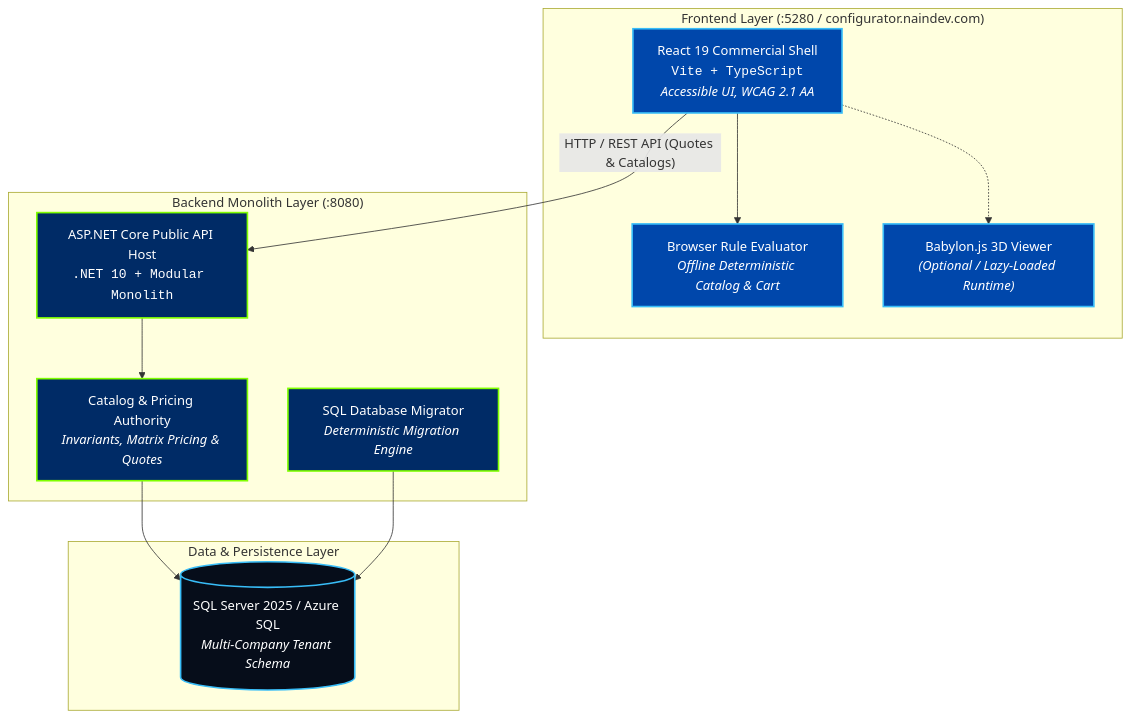
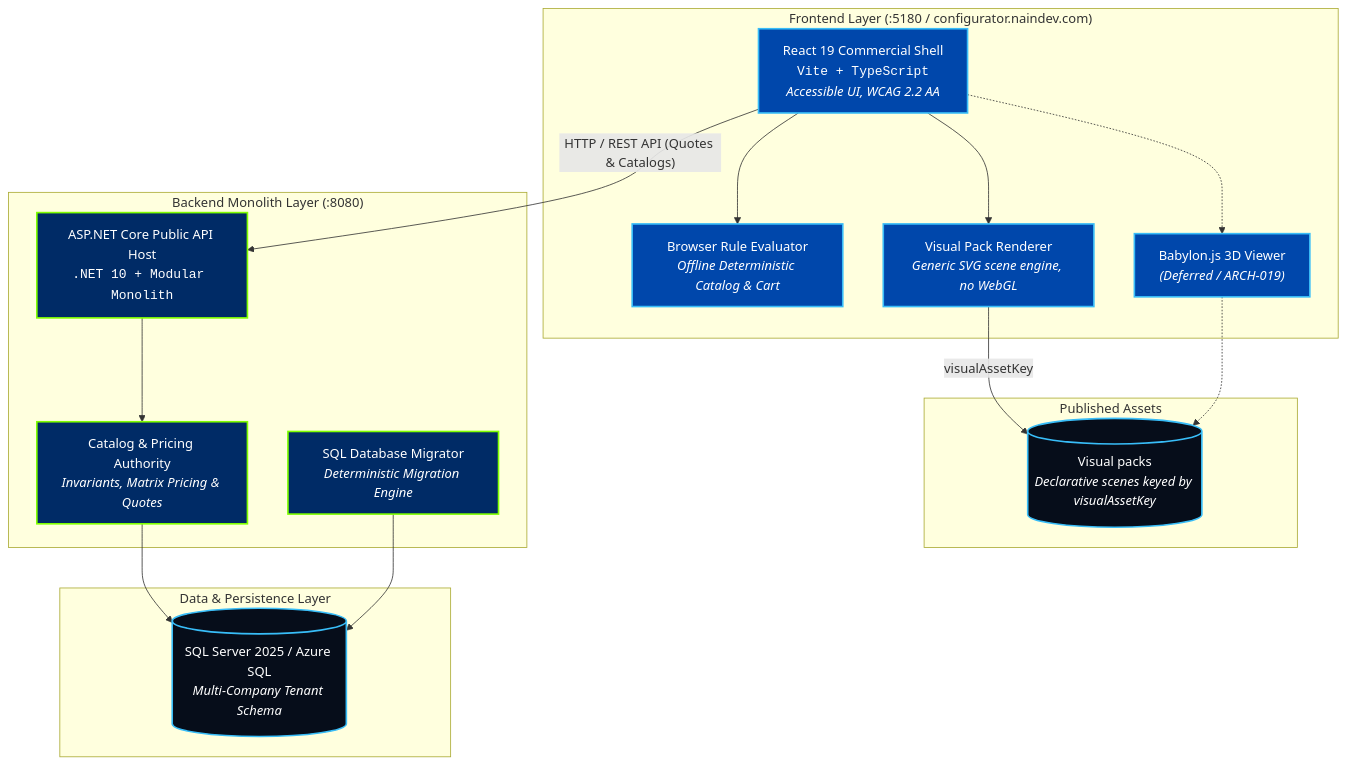
The diagram in README.md (Nain9Dev/NainConfigurator), drawn with Mermaid before and after one commit. The commit also changed other lines of this file and 46 other files, not shown here.

First line of the commit message:
feat(web): studio presentation with catalog-driven scenes

````diff
--- a/README.md
+++ b/README.md
@@ -26,33 +44,41 @@
 ```mermaid
 graph TB
-    subgraph ClientLayer["Frontend Layer (:5280 / configurator.naindev.com)"]
-        ReactShell["React 19 Commercial Shell<br/><code>Vite + TypeScript</code><br/><i>Accessible UI, WCAG 2.1 AA</i>"]
+    subgraph ClientLayer["Frontend Layer (:5180 / configurator.naindev.com)"]
+        ReactShell["React 19 Commercial Shell<br/><code>Vite + TypeScript</code><br/><i>Accessible UI, WCAG 2.2 AA</i>"]
         ClientEvaluator["Browser Rule Evaluator<br/><i>Offline Deterministic Catalog &amp; Cart</i>"]
-        BabylonRenderer["Babylon.js 3D Viewer<br/><i>(Optional / Lazy-Loaded Runtime)</i>"]
+        SceneRenderer["Visual Pack Renderer<br/><i>Generic SVG scene engine, no WebGL</i>"]
+        BabylonRenderer["Babylon.js 3D Viewer<br/><i>(Deferred / ARCH-019)</i>"]
+    end
+
+    subgraph AssetLayer["Published Assets"]
+        VisualPacks[("Visual packs<br/><i>Declarative scenes keyed by visualAssetKey</i>")]
     end
 
     subgraph BackendLayer["Backend Monolith Layer (:8080)"]
         ApiHost["ASP.NET Core Public API Host<br/><code>.NET 10 + Modular Monolith</code>"]
         DomainEngine["Catalog &amp; Pricing Authority<br/><i>Invariants, Matrix Pricing &amp; Quotes</i>"]
         Migrator["SQL Database Migrator<br/><i>Deterministic Migration Engine</i>"]
     end
 
     subgraph PersistenceLayer["Data &amp; Persistence Layer"]
         SqlServer[("SQL Server 2025 / Azure SQL<br/><i>Multi-Company Tenant Schema</i>")]
     end
 
     ReactShell --> ClientEvaluator
+    ReactShell --> SceneRenderer
+    SceneRenderer -->|"visualAssetKey"| VisualPacks
     ReactShell -.-> BabylonRenderer
+    BabylonRenderer -.-> VisualPacks
     ReactShell -->|"HTTP / REST API (Quotes &amp; Catalogs)"| ApiHost
     ApiHost --> DomainEngine
     DomainEngine --> SqlServer
     Migrator --> SqlServer
 
     classDef client fill:#0047AB,stroke:#38BDF8,stroke-width:2px,color:#FFFFFF;
     classDef backend fill:#002B66,stroke:#80FF00,stroke-width:2px,color:#FFFFFF;
     classDef db fill:#060D1A,stroke:#38BDF8,stroke-width:2px,color:#FFFFFF;
 
-    class ReactShell,ClientEvaluator,BabylonRenderer client;
+    class ReactShell,ClientEvaluator,SceneRenderer,BabylonRenderer client;
     class ApiHost,DomainEngine,Migrator backend;
-    class SqlServer db;
+    class SqlServer,VisualPacks db;
 ```
````
